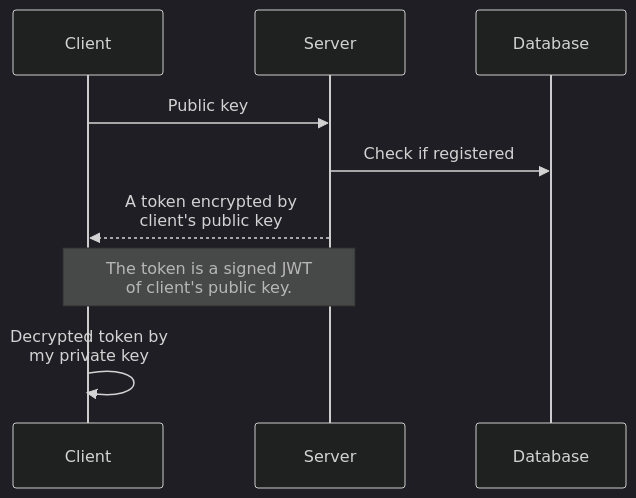
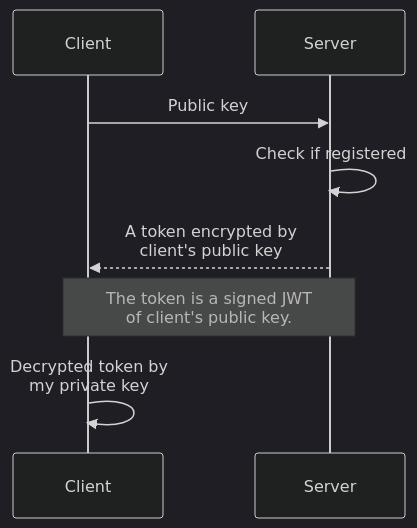
Before and after one commit to liplum/ChatIsland: the second of 5 diagrams in README.md, drawn with Mermaid (dark theme). The commit also changed other lines of this file, not shown here.

````diff
--- a/README.md
+++ b/README.md
@@ -32,11 +32,10 @@
 ```mermaid
 sequenceDiagram
     participant Client
     participant Server
-    participant Database
     Client->>Server: Public key
-    Server->>Database: Check if registered
+    Server->>Server: Check if registered
     Server-->>Client: A token encrypted by <br/> client's public key
     Note over Client, Server: The token is a signed JWT <br/> of client's public key.
     Client->>Client: Decrypted token by <br/> my private key
 ```
````
